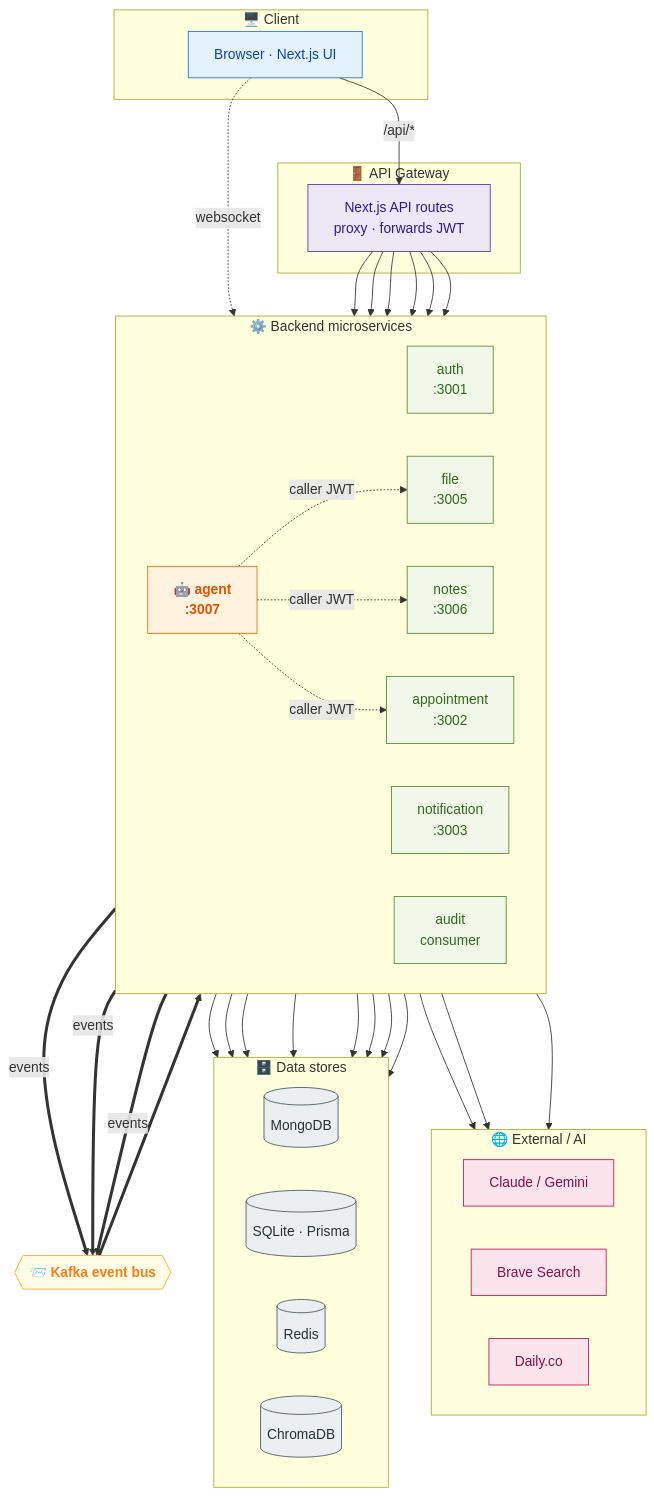
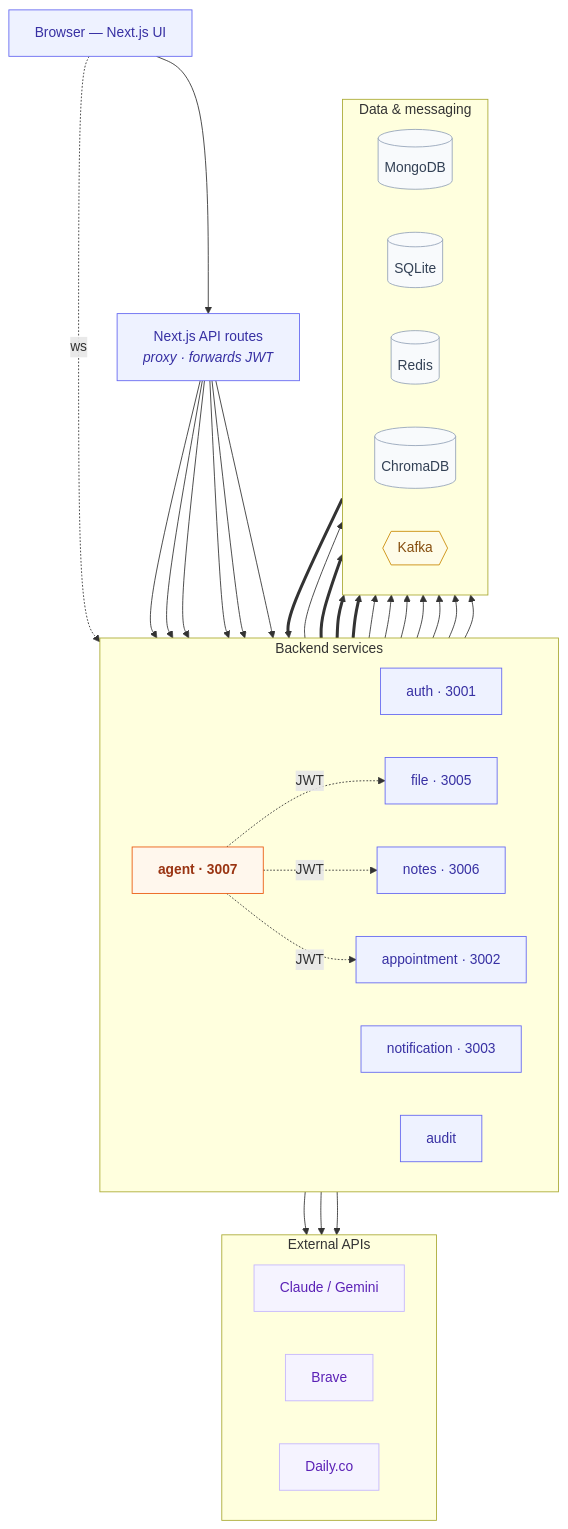
Before and after one commit to muhammadusamahoyrr/mentor: the diagram in README.md, drawn with Mermaid. The commit also changed other lines of this file, not shown here.

Commit message:
Simplify README diagram: restrained palette, fewer layers
Cut seven node colours to one accent (agent) plus muted neutrals, drop
emoji, and collapse data + messaging into one row for a cleaner read.
Verified it renders with mermaid-cli.

````diff
--- a/README.md
+++ b/README.md
@@ -39,69 +39,58 @@
 ```mermaid
 flowchart TB
-    subgraph client["🖥️ Client"]
-        Browser["Browser · Next.js UI"]
+    Browser["Browser — Next.js UI"]
+    Next["Next.js API routes<br/><i>proxy · forwards JWT</i>"]
+
+    subgraph svc["Backend services"]
+        direction LR
+        Auth["auth · 3001"]
+        Appt["appointment · 3002"]
+        Notif["notification · 3003"]
+        File["file · 3005"]
+        Notes["notes · 3006"]
+        Agent["agent · 3007"]
+        Audit["audit"]
     end
 
-    subgraph gateway["🚪 API Gateway"]
-        Next["Next.js API routes<br/>proxy · forwards JWT"]
+    subgraph infra["Data &amp; messaging"]
+        direction LR
+        Mongo[("MongoDB")]
+        SQLite[("SQLite")]
+        Redis[("Redis")]
+        Chroma[("ChromaDB")]
+        Bus{{"Kafka"}}
     end
 
-    subgraph svc["⚙️ Backend microservices"]
-        direction LR
-        Auth["auth<br/>:3001"]
-        Appt["appointment<br/>:3002"]
-        Notif["notification<br/>:3003"]
-        File["file<br/>:3005"]
-        Notes["notes<br/>:3006"]
-        Agent["🤖 agent<br/>:3007"]
-        Audit["audit<br/>consumer"]
-    end
-
-    subgraph ext["🌐 External / AI"]
+    subgraph ext["External APIs"]
         direction LR
         LLM["Claude / Gemini"]
-        Brave["Brave Search"]
+        Brave["Brave"]
         Daily["Daily.co"]
     end
 
-    subgraph data["🗄️ Data stores"]
-        direction LR
-        Mongo[("MongoDB")]
-        SQLite[("SQLite · Prisma")]
-        Redis[("Redis")]
-        Chroma[("ChromaDB")]
-    end
-
-    Bus{{"📨 Kafka event bus"}}
-
-    Browser -->|"/api/*"| Next
-    Browser -.->|websocket| Notif
+    Browser --> Next
+    Browser -. ws .-> Notif
     Next --> Auth & Appt & Notif & File & Notes & Agent
 
-    Agent -.->|caller JWT| File & Notes & Appt
+    Agent -. JWT .-> File & Notes & Appt
     Agent --> LLM & Brave & Chroma
     Appt --> Daily
 
-    Auth & Appt & Agent ==>|events| Bus
-    Bus ==> Audit
+    Auth & Appt & Agent ==> Bus ==> Audit
 
     Auth & Appt & Notif & File & Audit --> Mongo
     Notes --> SQLite
     Agent --> Redis
 
-    classDef cClient fill:#e3f2fd,stroke:#1976d2,color:#0d47a1;
-    classDef cGateway fill:#ede7f6,stroke:#5e35b1,color:#311b92;
-    classDef cSvc fill:#f1f8e9,stroke:#558b2f,color:#33691e;
-    classDef cAgent fill:#fff3e0,stroke:#ef6c00,color:#e65100,font-weight:bold;
-    classDef cExt fill:#fce4ec,stroke:#c2185b,color:#880e4f;
-    classDef cData fill:#eceff1,stroke:#455a64,color:#263238;
-    classDef cBus fill:#fffde7,stroke:#f9a825,color:#f57f17,font-weight:bold;
+    classDef app fill:#eef2ff,stroke:#6366f1,color:#3730a3;
+    classDef agent fill:#fff7ed,stroke:#ea580c,color:#9a3412,font-weight:bold;
+    classDef store fill:#f8fafc,stroke:#94a3b8,color:#334155;
+    classDef bus fill:#fefce8,stroke:#ca8a04,color:#854d0e;
+    classDef external fill:#f5f3ff,stroke:#c4b5fd,color:#5b21b6;
 
-    class Browser cClient;
-    class Next cGateway;
-    class Auth,Appt,Notif,File,Notes,Audit cSvc;
-    class Agent cAgent;
-    class LLM,Brave,Daily cExt;
-    class Mongo,SQLite,Redis,Chroma cData;
-    class Bus cBus;
+    class Browser,Next,Auth,Appt,Notif,File,Notes,Audit app;
+    class Agent agent;
+    class Mongo,SQLite,Redis,Chroma store;
+    class Bus bus;
+    class LLM,Brave,Daily external;
 ```
````
